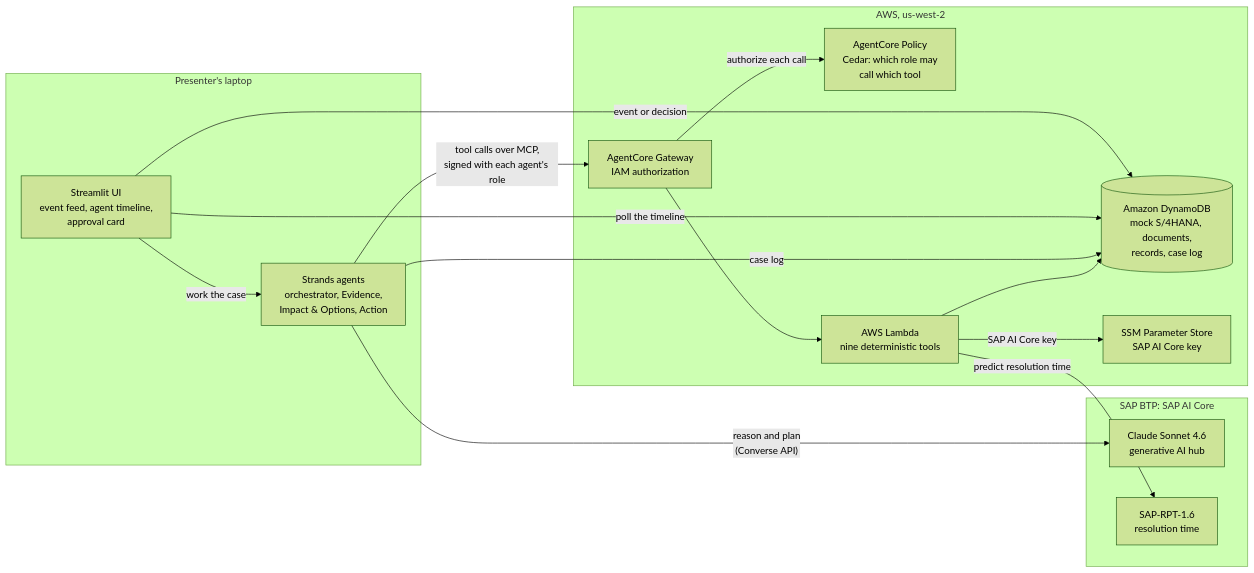
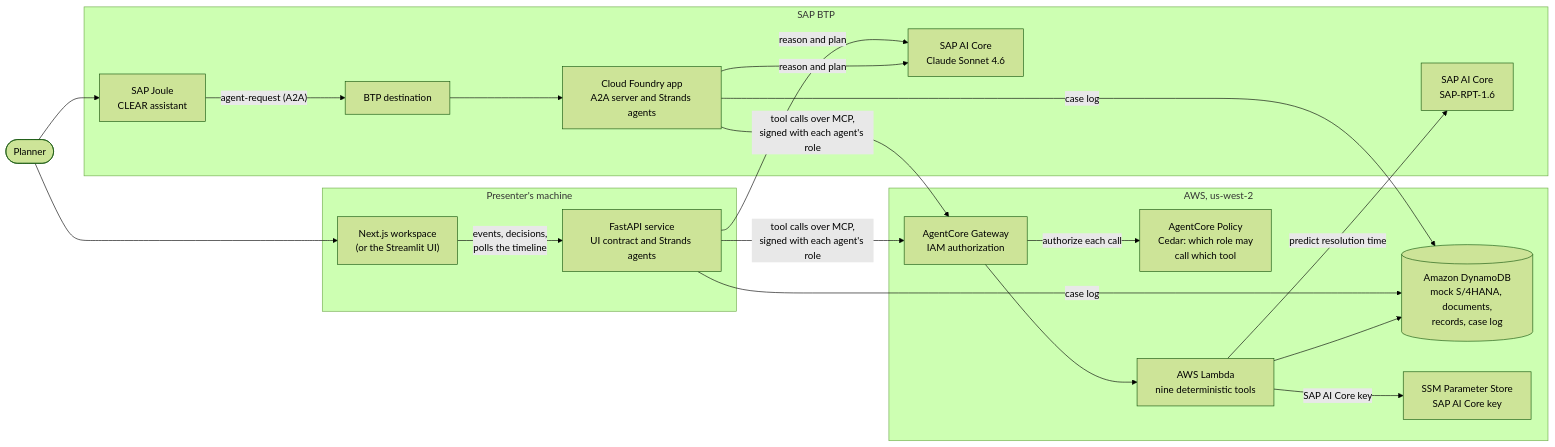
Before and after one commit to KrisnaPutraP/clear: the first of 4 diagrams in docs/architecture.md, drawn with Mermaid (forest theme). The commit also changed other lines of this file and 6 other files, not shown here.

First line of the commit message:
Describe the workspace and the SAP Joule front door across the docs

````diff
--- a/docs/architecture.md
+++ b/docs/architecture.md
@@ -22,29 +17,36 @@
 ```mermaid
 flowchart LR
-    subgraph laptop["Presenter's laptop"]
-        ui["Streamlit UI<br/>event feed, agent timeline,<br/>approval card"]
-        agents["Strands agents<br/>orchestrator, Evidence,<br/>Impact & Options, Action"]
+    subgraph machine["Presenter's machine"]
+        ws["Next.js workspace<br/>(or the Streamlit UI)"]
+        api["FastAPI service<br/>UI contract and Strands agents"]
     end
-    subgraph sap["SAP BTP: SAP AI Core"]
-        llm["Claude Sonnet 4.6<br/>generative AI hub"]
-        rpt["SAP-RPT-1.6<br/>resolution time"]
+    subgraph sap["SAP BTP"]
+        joule["SAP Joule<br/>CLEAR assistant"]
+        dest["BTP destination"]
+        cf["Cloud Foundry app<br/>A2A server and Strands agents"]
+        llm["SAP AI Core<br/>Claude Sonnet 4.6"]
+        rpt["SAP AI Core<br/>SAP-RPT-1.6"]
     end
     subgraph aws["AWS, us-west-2"]
         gw["AgentCore Gateway<br/>IAM authorization"]
         pol["AgentCore Policy<br/>Cedar: which role may<br/>call which tool"]
         fn["AWS Lambda<br/>nine deterministic tools"]
         db[("Amazon DynamoDB<br/>mock S/4HANA, documents,<br/>records, case log")]
         ssm["SSM Parameter Store<br/>SAP AI Core key"]
     end
-    ui -- "event or decision" --> db
-    ui -- "work the case" --> agents
-    ui -- "poll the timeline" --> db
-    agents -- "reason and plan<br/>(Converse API)" --> llm
-    agents -- "tool calls over MCP,<br/>signed with each agent's role" --> gw
-    agents -- "case log" --> db
+    planner(["Planner"]) --> ws
+    planner --> joule
+    ws -- "events, decisions,<br/>polls the timeline" --> api
+    joule -- "agent-request (A2A)" --> dest --> cf
+    api -- "reason and plan" --> llm
+    cf -- "reason and plan" --> llm
+    api -- "tool calls over MCP,<br/>signed with each agent's role" --> gw
+    cf -- "tool calls over MCP,<br/>signed with each agent's role" --> gw
+    api -- "case log" --> db
+    cf -- "case log" --> db
     gw -- "authorize each call" --> pol
     gw --> fn
     fn --> db
     fn -- "SAP AI Core key" --> ssm
     fn -- "predict resolution time" --> rpt
 ```
````
